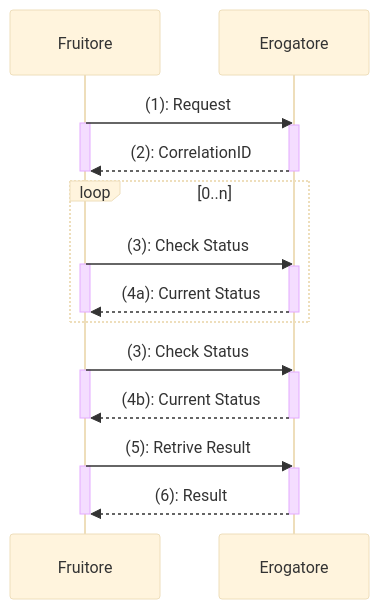
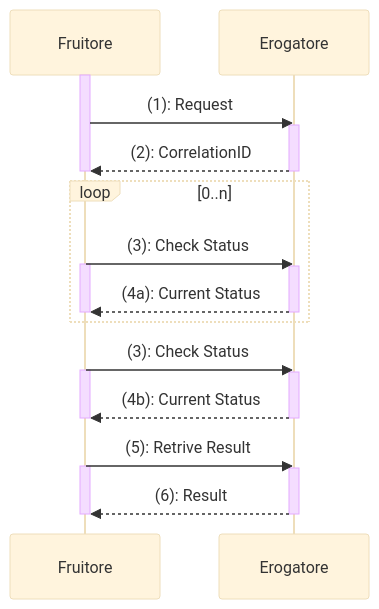
Before and after one commit to italia/lg-modellointeroperabilita-docs: the second of 2 diagrams in doc/profili-di-interazione/profili-non-bloccanti.rst, drawn with Mermaid (base theme).

Commit message:
grafici mermaid

```diff
--- a/doc/profili-di-interazione/profili-non-bloccanti.rst
+++ b/doc/profili-di-interazione/profili-non-bloccanti.rst
@@ -421,34 +421,34 @@
 .. mermaid::
    :caption: Interazione non bloccante tramite busy waiting
    :alt: interazione non bloccante tramite busy waiting
 
     sequenceDiagram
+       activate Fruitore
        Fruitore ->> Erogatore: (1): Request
-        activate Fruitore
        activate Erogatore
         Erogatore -->>Fruitore: (2): CorrelationID
        deactivate Fruitore
        deactivate Erogatore
 
         loop 0..n
             Fruitore ->>Erogatore: (3): Check Status
             activate Fruitore
             activate Erogatore
             Erogatore-->> Fruitore : (4a): Current Status
             deactivate Fruitore
             deactivate Erogatore
         end
 
         Fruitore ->>Erogatore: (3): Check Status
         activate Fruitore
        activate Erogatore
         Erogatore-->> Fruitore : (4b): Current Status
        deactivate Fruitore
        deactivate Erogatore
 
         Fruitore ->>Erogatore: (5): Retrive Result
         activate Fruitore
        activate Erogatore
         Erogatore-->> Fruitore : (6): Result
        deactivate Fruitore
        deactivate Erogatore
```
